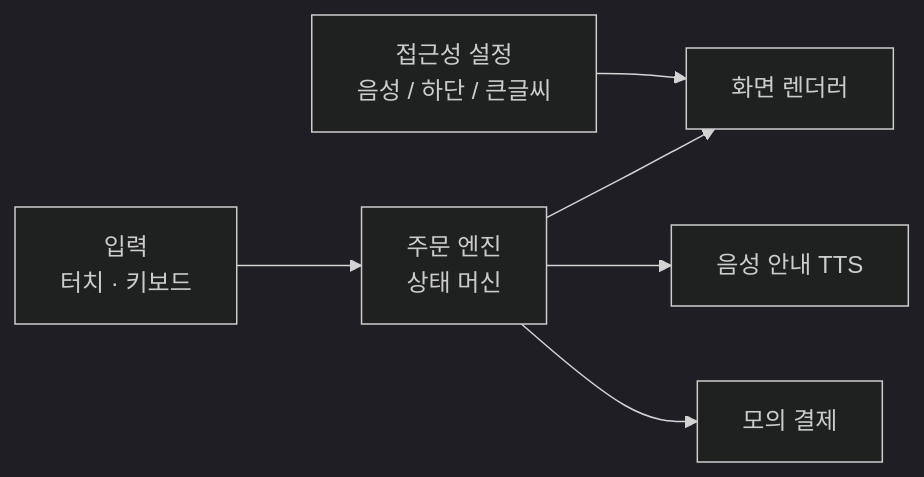
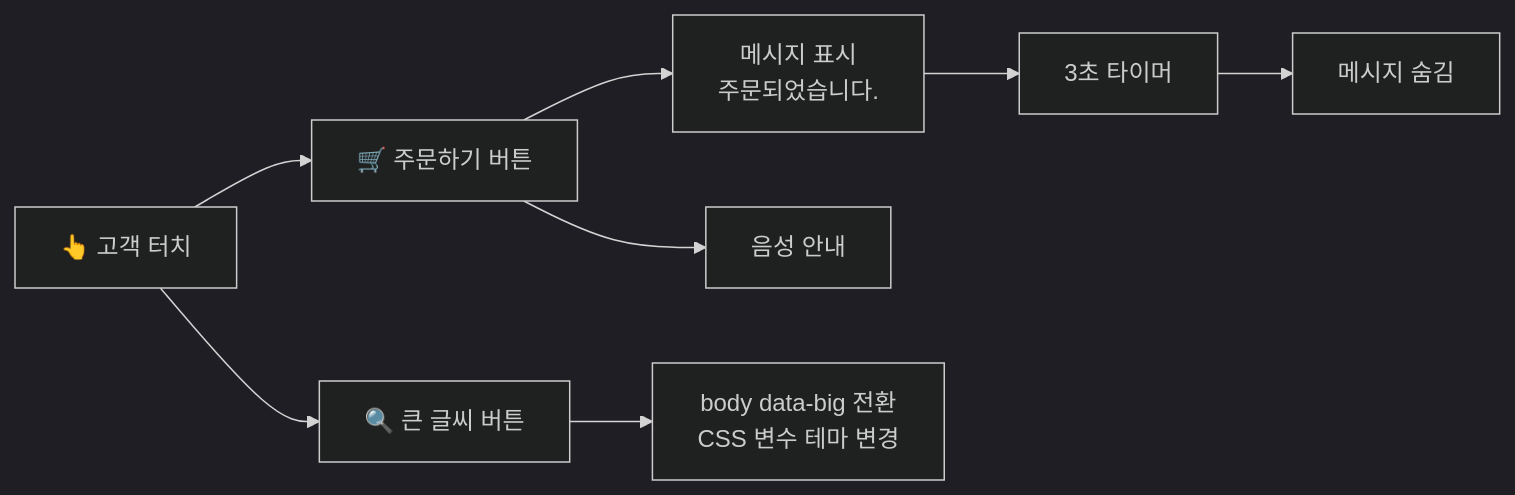
Before and after one commit to aehwa-it-csts/B2B-System: the first of 2 diagrams in README.md, drawn with Mermaid (dark theme). The commit also changed other lines of this file, not shown here.

````diff
--- a/README.md
+++ b/README.md
@@ -55,8 +57,10 @@
 ```mermaid
 flowchart LR
-  A[입력<br/>터치 · 키보드] --> B[주문 엔진<br/>상태 머신]
-  P[접근성 설정<br/>음성 / 하단 / 큰글씨] --> C
-  B --> C[화면 렌더러]
-  B --> D[음성 안내 TTS]
-  B --> E[모의 결제]
+  U[👆 고객 터치] --> B1[🛒 주문하기 버튼]
+  U --> B2[🔍 큰 글씨 버튼]
+  B1 --> M[메시지 표시<br/>주문되었습니다.]
+  M --> T[3초 타이머]
+  T --> H[메시지 숨김]
+  B1 --> S[음성 안내]
+  B2 --> C[body data-big 전환<br/>CSS 변수 테마 변경]
 ```
````
